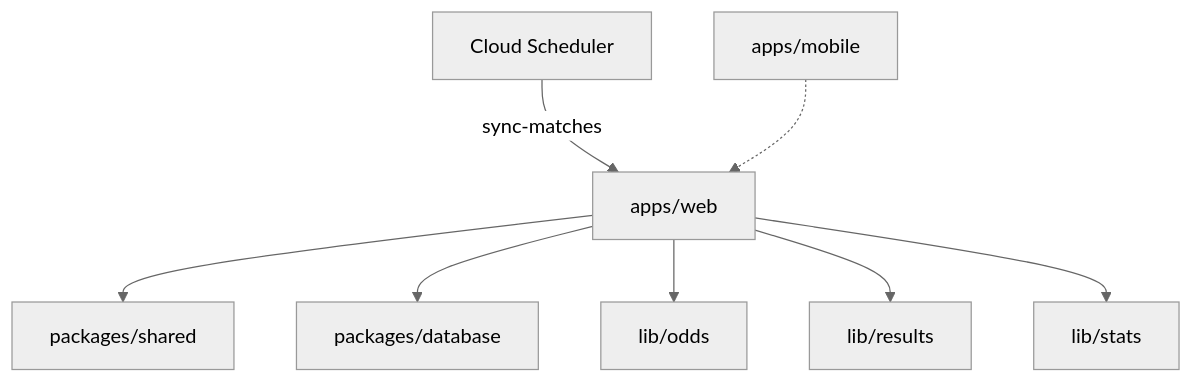
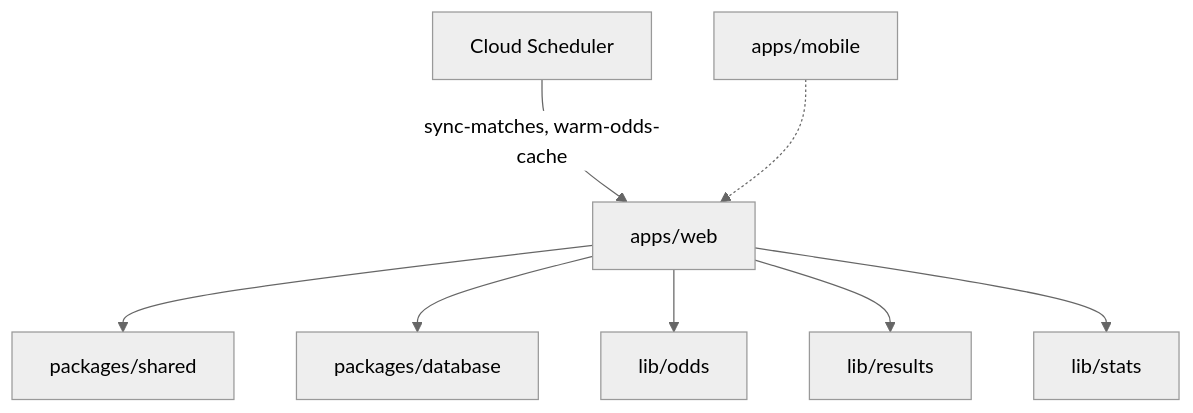
The diagram in docs/ARCHITECTURE.md (DanScreen/the-syndicate), drawn with Mermaid (neutral theme) before and after one commit. The commit also changed other lines of this file and 36 other files, not shown here.

First line of the commit message:
Store odds in PostgreSQL and manage cron infra in Terraform.

````diff
--- a/docs/ARCHITECTURE.md
+++ b/docs/ARCHITECTURE.md
@@ -11,10 +11,10 @@
 ```mermaid
 flowchart TB
   Web[apps/web] --> Shared[packages/shared]
   Web --> DB[packages/database]
   Web --> Odds[lib/odds]
   Web --> Results[lib/results]
   Web --> Stats[lib/stats]
-  Cron[Cloud Scheduler] -->|sync-matches| Web
+  Cron[Cloud Scheduler] -->|sync-matches, warm-odds-cache| Web
   Mobile[apps/mobile] -.-> Web
 ```
````
